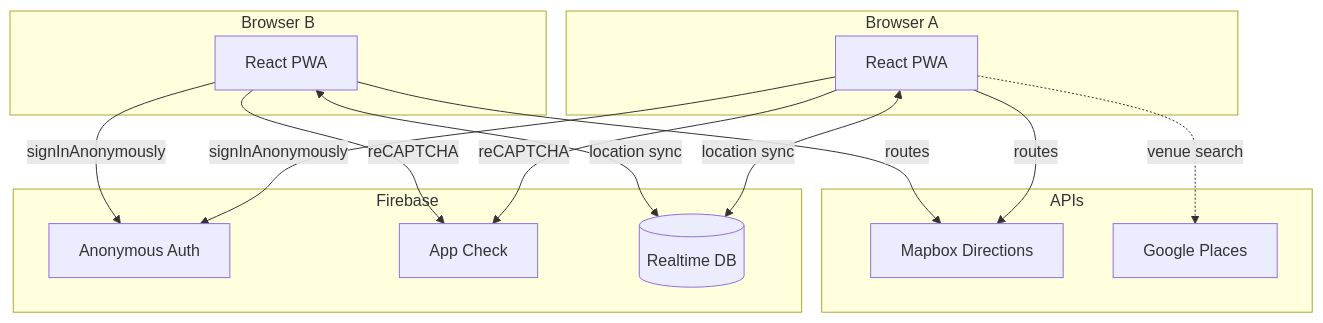
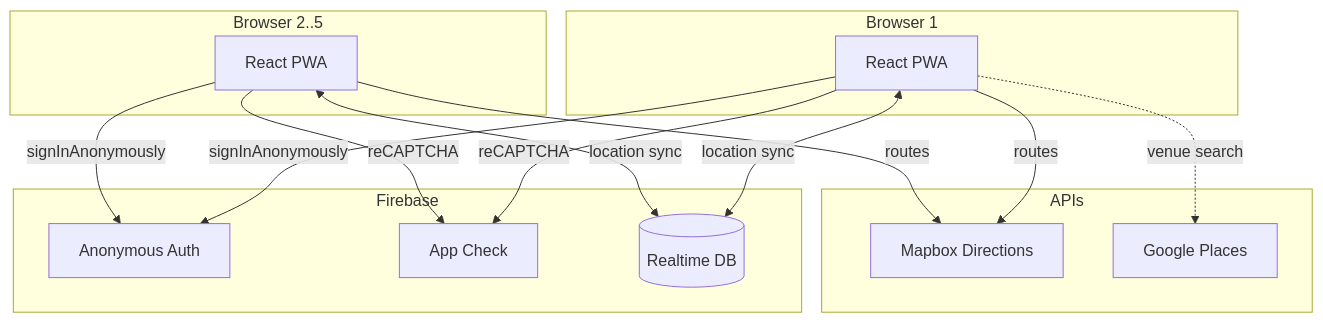
Before and after one commit to Zeevmala/meet-me-halfway: the diagram in README.md, drawn with Mermaid. The commit also changed other lines of this file, not shown here.

Commit message:
docs: update README for 5-participant architecture

````diff
--- a/README.md
+++ b/README.md
@@ -45,28 +46,28 @@
 ```mermaid
 graph TB
-    subgraph "Browser A"
+    subgraph "Browser 1"
         A[React PWA]
     end
-    subgraph "Browser B"
+    subgraph "Browser 2..5"
         B[React PWA]
     end
     subgraph "Firebase"
         AUTH[Anonymous Auth]
         AC[App Check]
         RTDB[(Realtime DB)]
     end
     subgraph "APIs"
         MB[Mapbox Directions]
         GP[Google Places]
     end
 
     A -->|signInAnonymously| AUTH
     B -->|signInAnonymously| AUTH
     A -->|reCAPTCHA| AC
     B -->|reCAPTCHA| AC
     A <-->|location sync| RTDB
     B <-->|location sync| RTDB
     A -->|routes| MB
     B -->|routes| MB
     A -.->|venue search| GP
 ```
````
